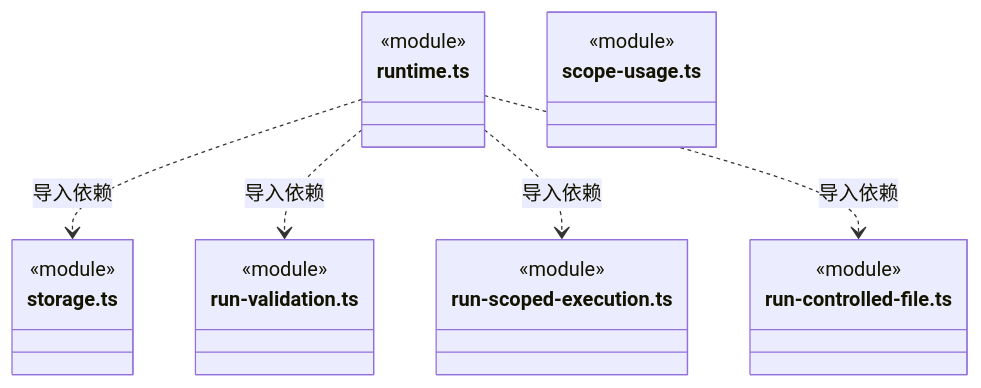
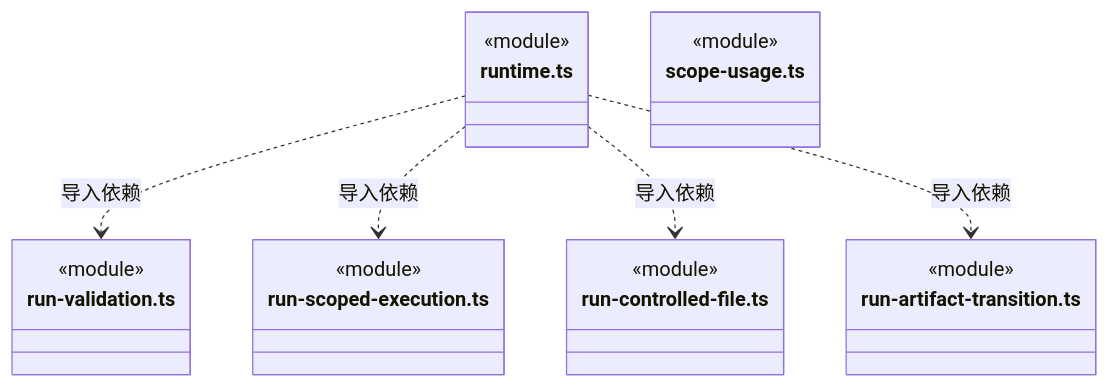
The fourth of 19 diagrams in src/backend/core/brain/ARCHITECTURE.md (nan023062/cbim), drawn with Mermaid before and after one commit. The commit also changed other lines of this file and 44 other files, not shown here.

````diff
--- a/src/backend/core/brain/ARCHITECTURE.md
+++ b/src/backend/core/brain/ARCHITECTURE.md
@@ -112,25 +111,25 @@
 ```mermaid
 classDiagram
+class N_src_backend_core_brain_run_artifact_transition_ts["run-artifact-transition.ts"] {
+  <<module>>
+}
 class N_src_backend_core_brain_run_controlled_file_ts["run-controlled-file.ts"] {
   <<module>>
 }
 class N_src_backend_core_brain_run_scoped_execution_ts["run-scoped-execution.ts"] {
   <<module>>
 }
 class N_src_backend_core_brain_run_validation_ts["run-validation.ts"] {
   <<module>>
 }
 class N_src_backend_core_brain_runtime_ts["runtime.ts"] {
   <<module>>
 }
 class N_src_backend_core_brain_scope_usage_ts["scope-usage.ts"] {
   <<module>>
 }
-class N_src_backend_core_brain_storage_ts["storage.ts"] {
-  <<module>>
-}
-N_src_backend_core_brain_runtime_ts ..> N_src_backend_core_brain_storage_ts : 导入依赖
 N_src_backend_core_brain_runtime_ts ..> N_src_backend_core_brain_run_validation_ts : 导入依赖
 N_src_backend_core_brain_runtime_ts ..> N_src_backend_core_brain_run_scoped_execution_ts : 导入依赖
 N_src_backend_core_brain_runtime_ts ..> N_src_backend_core_brain_run_controlled_file_ts : 导入依赖
+N_src_backend_core_brain_runtime_ts ..> N_src_backend_core_brain_run_artifact_transition_ts : 导入依赖
 ```
````
